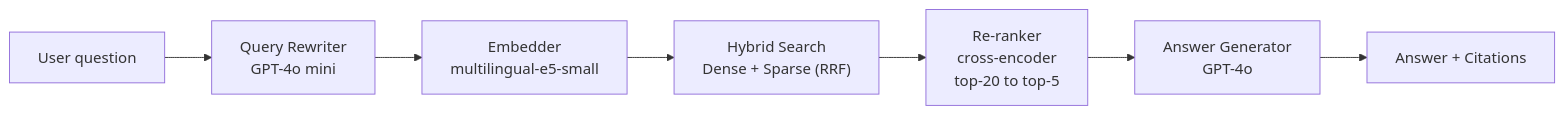
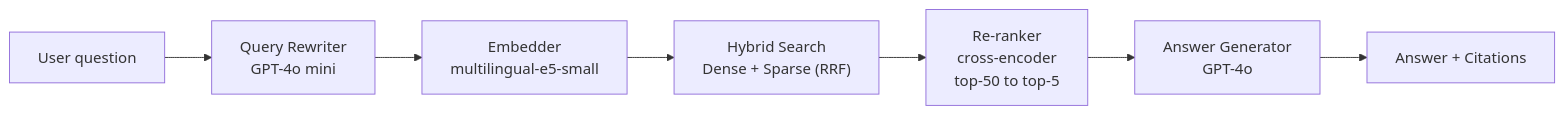
One commit to RuiFSP/llmzoomcamp-2026-final-project changed the second of 2 diagrams in docs/architecture.md. Above: the diagram before and after it, drawn with Mermaid. The commit also changed other lines of this file and 1 other file, not shown here.

Commit message:
Fix doc inaccuracies: MDPI count 1382->1389, query flow top-20->top-50, Caddy TLS clarification, remove Infovini pairing claim

````diff
--- a/docs/architecture.md
+++ b/docs/architecture.md
@@ -45,9 +45,9 @@
 ```mermaid
 flowchart LR
     Q["User question"] --> QR["Query Rewriter<br/>GPT-4o mini"]
     QR --> EMB["Embedder<br/>multilingual-e5-small"]
     EMB --> HYB["Hybrid Search<br/>Dense + Sparse (RRF)"]
-    HYB --> RR["Re-ranker<br/>cross-encoder<br/>top-20 to top-5"]
+    HYB --> RR["Re-ranker<br/>cross-encoder<br/>top-50 to top-5"]
     RR --> LLM["Answer Generator<br/>GPT-4o"]
     LLM --> R["Answer + Citations"]
 ```
````
